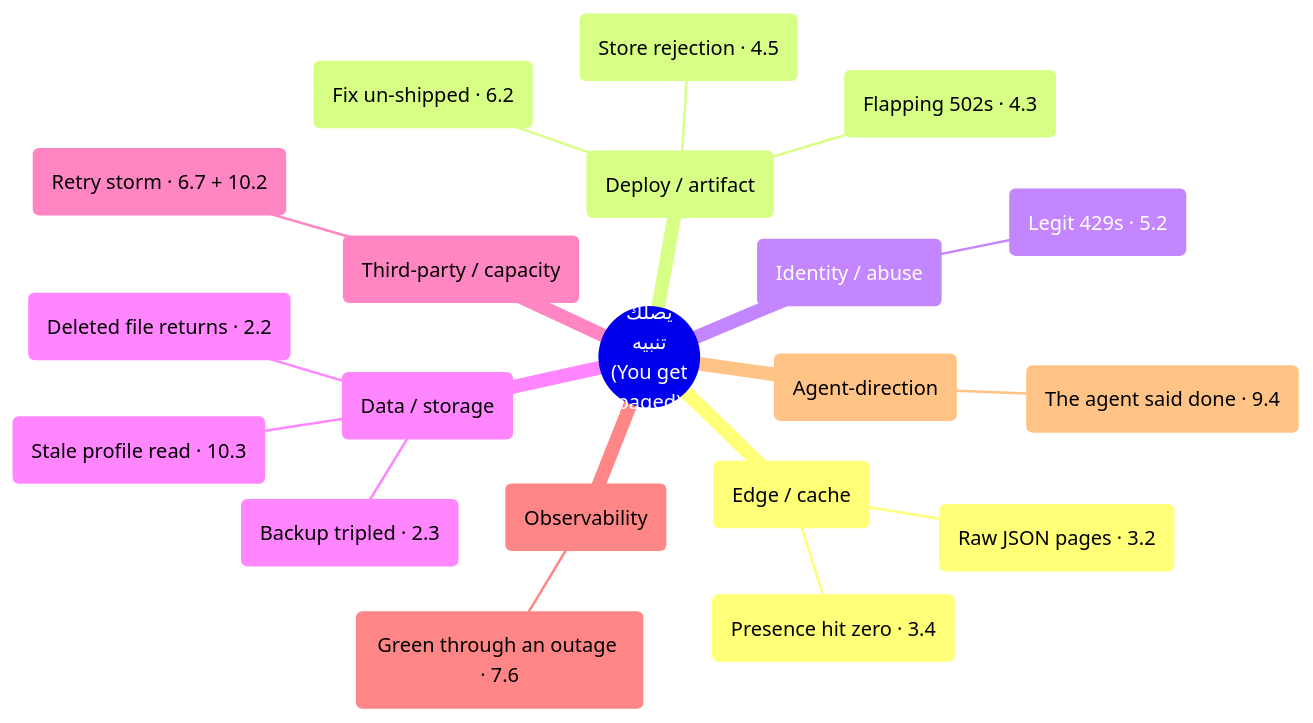
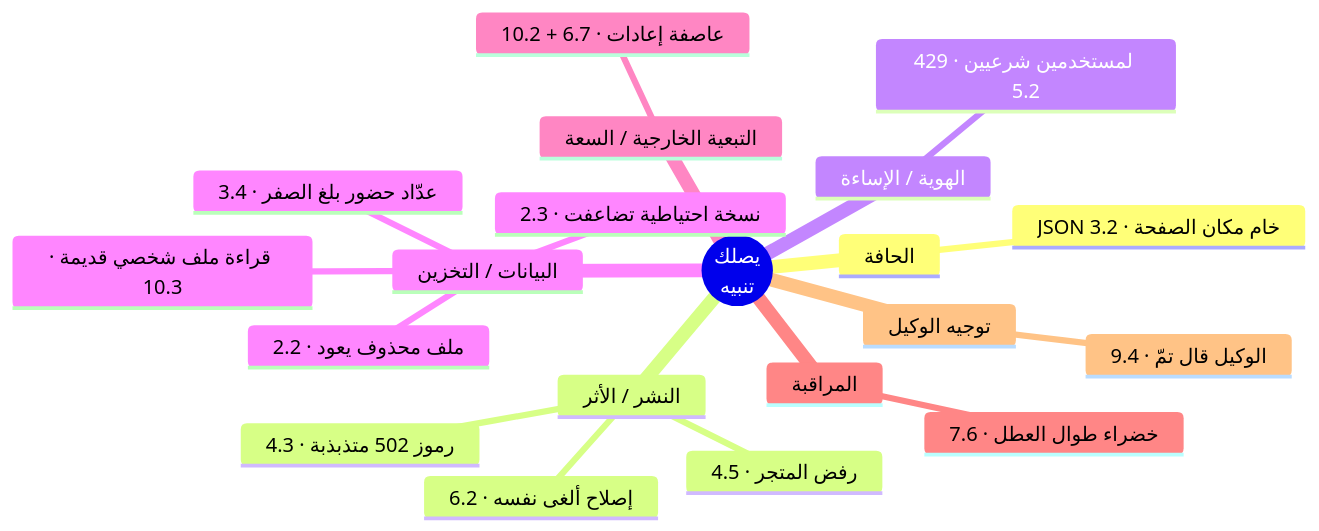
One commit to Tamoura/system-design-for-vibe-coders changed the second of 2 diagrams in modules/12-capstone/module.ar.md. Above: the diagram before and after it, drawn with Mermaid. The commit also changed other lines of this file and 551 other files, not shown here.

````diff
--- a/modules/12-capstone/module.ar.md
+++ b/modules/12-capstone/module.ar.md
@@ -468,23 +473,23 @@
 ```mermaid
 mindmap
-  root(("يصلك<br/>تنبيه<br/>(You get<br/>paged)"))
-     / الكاش (Edge / cache)
-       JSON خام · 3.2 (Raw JSON pages · 3.2)
-       بلغ الصفر · 3.4 (Presence hit zero · 3.4)
-     / الأثر (Deploy / artifact)
-       502 متذبذبة · 4.3 (Flapping 502s · 4.3)
-       ألغى نفسه · 6.2 (Fix un-shipped · 6.2)
-       المتجر · 4.5 (Store rejection · 4.5)
-     / الإساءة (Identity / abuse)
-       لمستخدمين شرعيين · 5.2 (Legit 429s · 5.2)
-     / التخزين (Data / storage)
-       تضاعفت · 2.3 (Backup tripled · 2.3)
-       محذوف يعود · 2.2 (Deleted file returns · 2.2)
-       ملف شخصي قديمة · 10.3 (Stale profile read · 10.3)
-     الخارجية / السعة (Third-party / capacity)
-       إعادات · 6.7 + 10.2 (Retry storm · 6.7 + 10.2)
-     (Observability)
-       طوال العطل · 7.6 (Green through an outage · 7.6)
-     الوكيل (Agent-direction)
-       قال تمّ · 9.4 (The agent said done · 9.4)
+  root(("يصلك<br/>تنبيه"))
+    الحافة
+      JSON خام مكان الصفحة · 3.2
+    النشر / الأثر
+      رموز 502 متذبذبة · 4.3
+      إصلاح ألغى نفسه · 6.2
+      رفض المتجر · 4.5
+    الهوية / الإساءة
+      429 لمستخدمين شرعيين · 5.2
+    البيانات / التخزين
+      نسخة احتياطية تضاعفت · 2.3
+      ملف محذوف يعود · 2.2
+      قراءة ملف شخصي قديمة · 10.3
+      عدّاد حضور بلغ الصفر · 3.4
+    التبعية الخارجية / السعة
+      عاصفة إعادات · 6.7 + 10.2
+    المراقبة
+      خضراء طوال العطل · 7.6
+    توجيه الوكيل
+      الوكيل قال تمّ · 9.4
 ```
````
